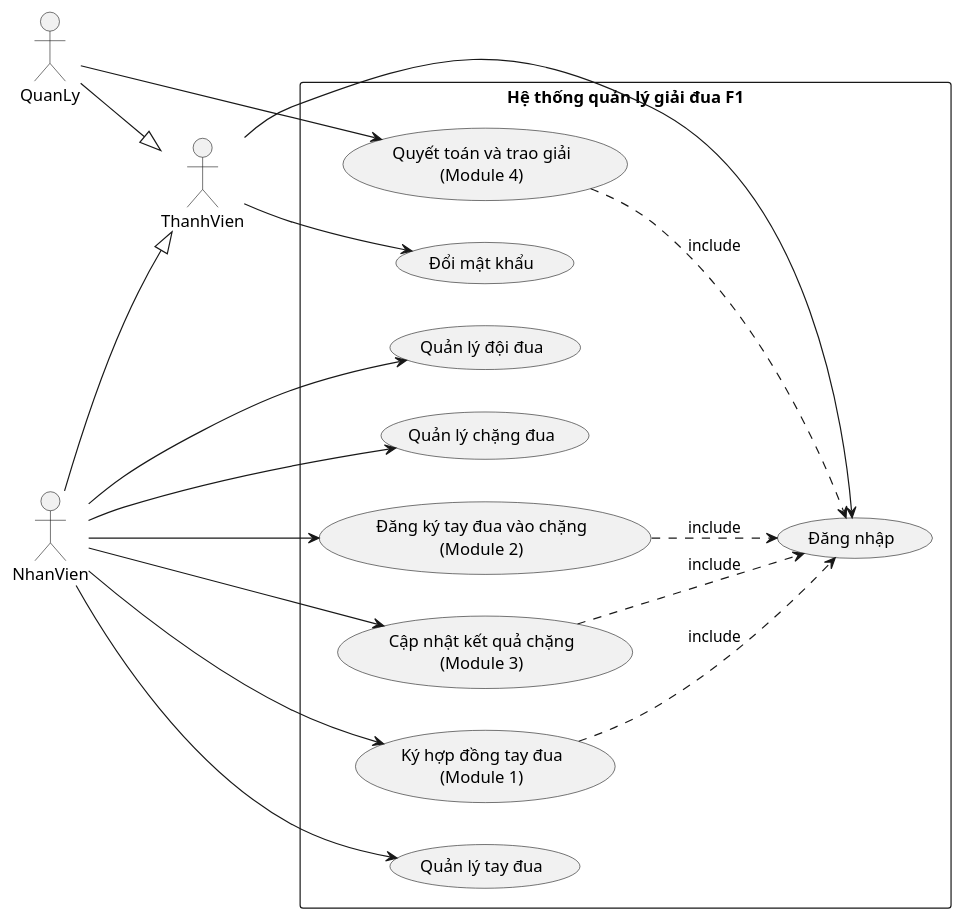
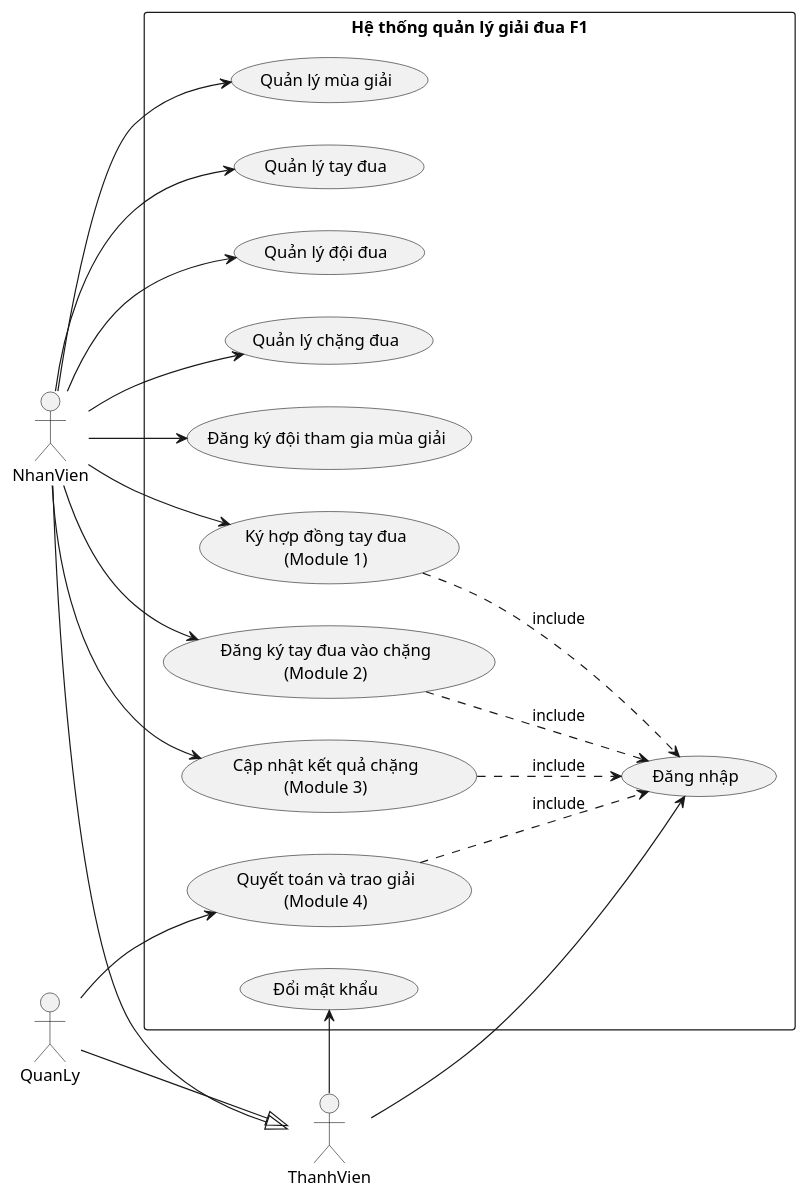
One commit to 7gho/CNPM-He2026 changed the diagram in docs/02-usecase-tong-quat.md. Above: the diagram before and after it, drawn with PlantUML. The commit also changed other lines of this file and 9 other files, not shown here.

Commit message:
System-wide consistency + completeness pass (audit-driven): add ThanhVien entity, mua giai/tham gia UCs, restore M1 auto-close, English DAO naming, fix M4 KetQua joins

````diff
--- a/docs/02-usecase-tong-quat.md
+++ b/docs/02-usecase-tong-quat.md
@@ -37,37 +39,41 @@
 ```plantuml
 @startuml
 left to right direction
 actor ThanhVien
 actor NhanVien
 actor QuanLy
 NhanVien --|> ThanhVien
 QuanLy --|> ThanhVien
 
 rectangle "Hệ thống quản lý giải đua F1" {
   usecase "Đăng nhập" as UCDN
   usecase "Đổi mật khẩu" as UCMK
+  usecase "Quản lý mùa giải" as UCMG
   usecase "Quản lý tay đua" as UCTD
   usecase "Quản lý đội đua" as UCDD
   usecase "Quản lý chặng đua" as UCCD
+  usecase "Đăng ký đội tham gia mùa giải" as UCTG
   usecase "Ký hợp đồng tay đua\n(Module 1)" as UC1
   usecase "Đăng ký tay đua vào chặng\n(Module 2)" as UC2
   usecase "Cập nhật kết quả chặng\n(Module 3)" as UC3
   usecase "Quyết toán và trao giải\n(Module 4)" as UC4
 }
 
 ThanhVien --> UCDN
 ThanhVien --> UCMK
+NhanVien --> UCMG
 NhanVien --> UCTD
 NhanVien --> UCDD
 NhanVien --> UCCD
+NhanVien --> UCTG
 NhanVien --> UC1
 NhanVien --> UC2
 NhanVien --> UC3
 QuanLy --> UC4
 
 UC1 ..> UCDN : include
 UC2 ..> UCDN : include
 UC3 ..> UCDN : include
 UC4 ..> UCDN : include
 @enduml
 ```
````
